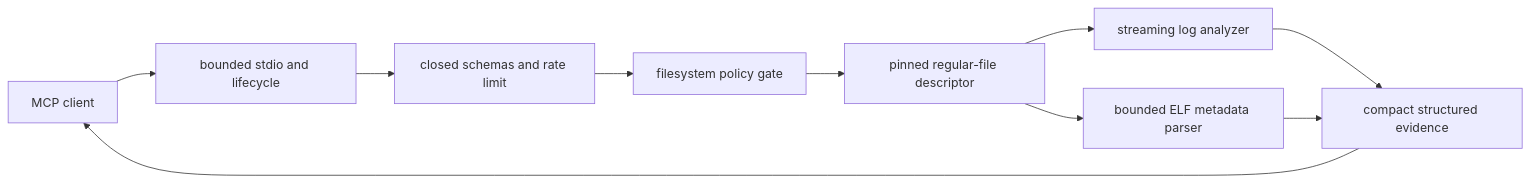
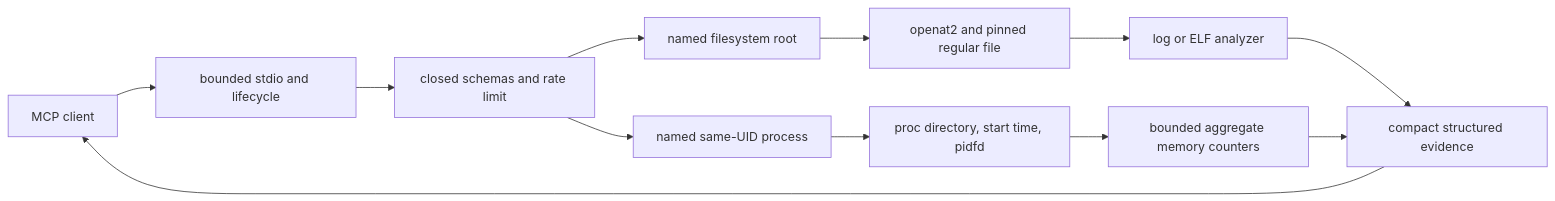
The diagram in README.md (kabbersokhi-boop/native-mcp-sandbox), drawn with Mermaid before and after one commit. The commit also changed other lines of this file and 23 other files, not shown here.

Commit message:
Add bounded same-UID process memory observation

````diff
--- a/README.md
+++ b/README.md
@@ -187,12 +235,14 @@
 ```mermaid
 flowchart LR
     A["MCP client"] --> B["bounded stdio and lifecycle"]
     B --> C["closed schemas and rate limit"]
-    C --> D["filesystem policy gate"]
-    D --> E["pinned regular-file descriptor"]
-    E --> F["streaming log analyzer"]
-    E --> G["bounded ELF metadata parser"]
-    F --> H["compact structured evidence"]
-    G --> H
-    H --> A
+    C --> D["named filesystem root"]
+    C --> E["named same-UID process"]
+    D --> F["openat2 and pinned regular file"]
+    E --> G["proc directory, start time, pidfd"]
+    F --> H["log or ELF analyzer"]
+    G --> I["bounded aggregate memory counters"]
+    H --> J["compact structured evidence"]
+    I --> J
+    J --> A
 ```
````
